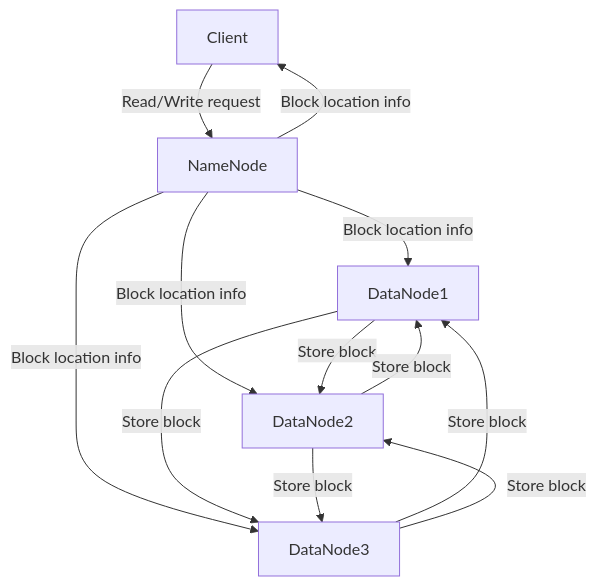
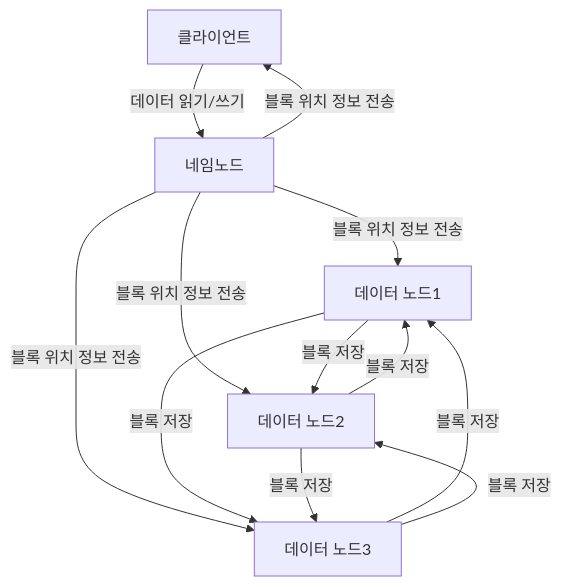
Before and after one commit to hellojin97/TIL: the diagram in DataEngineering/hadoop_3_hdfs.md, drawn with Mermaid.

Commit message:
writing: grahp td 적용

````diff
--- a/DataEngineering/hadoop_3_hdfs.md
+++ b/DataEngineering/hadoop_3_hdfs.md
@@ -56,14 +56,14 @@
 ```mermaid
 graph TD
-A[Client] -- Read/Write request --> B[NameNode]
-B -- Block location info --> A
-B -- Block location info --> C[DataNode1]
-B -- Block location info --> D[DataNode2]
-B -- Block location info --> E[DataNode3]
-C[DataNode1] -- Store block --> D[DataNode2]
-C[DataNode1] -- Store block --> E[DataNode3]
-D[DataNode2] -- Store block --> C[DataNode1]
-D[DataNode2] -- Store block --> E[DataNode3]
-E[DataNode3] -- Store block --> C[DataNode1]
-E[DataNode3] -- Store block --> D[DataNode2]
+A[클라이언트] -- 데이터 읽기/쓰기 --> B[네임노드]
+B -- 블록 위치 정보 전송 --> A
+B -- 블록 위치 정보 전송 --> C[데이터 노드1]
+B -- 블록 위치 정보 전송 --> D[데이터 노드2]
+B -- 블록 위치 정보 전송 --> E[데이터 노드3]
+C[데이터 노드1] -- 블록 저장 --> D[데이터 노드2]
+C[데이터 노드1] -- 블록 저장 --> E[데이터 노드3]
+D[데이터 노드2] -- 블록 저장 --> C[데이터 노드1]
+D[데이터 노드2] -- 블록 저장 --> E[데이터 노드3]
+E[데이터 노드3] -- 블록 저장 --> C[데이터 노드1]
+E[데이터 노드3] -- 블록 저장 --> D[데이터 노드2]
 ```
````
